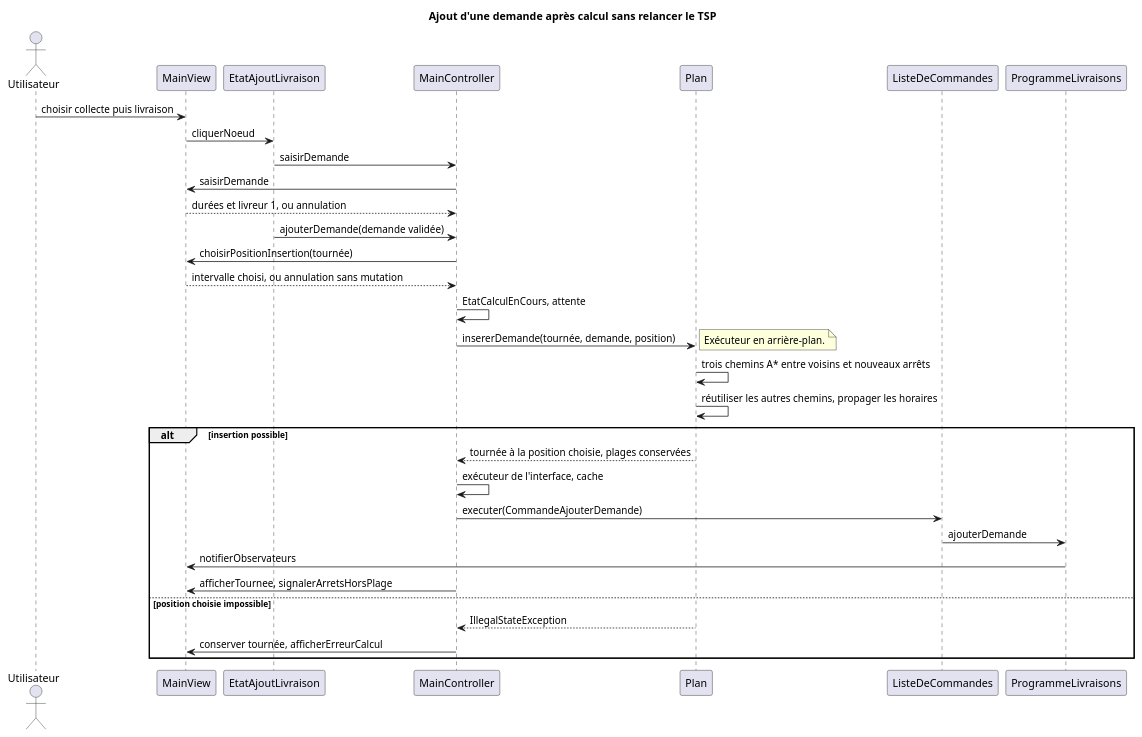
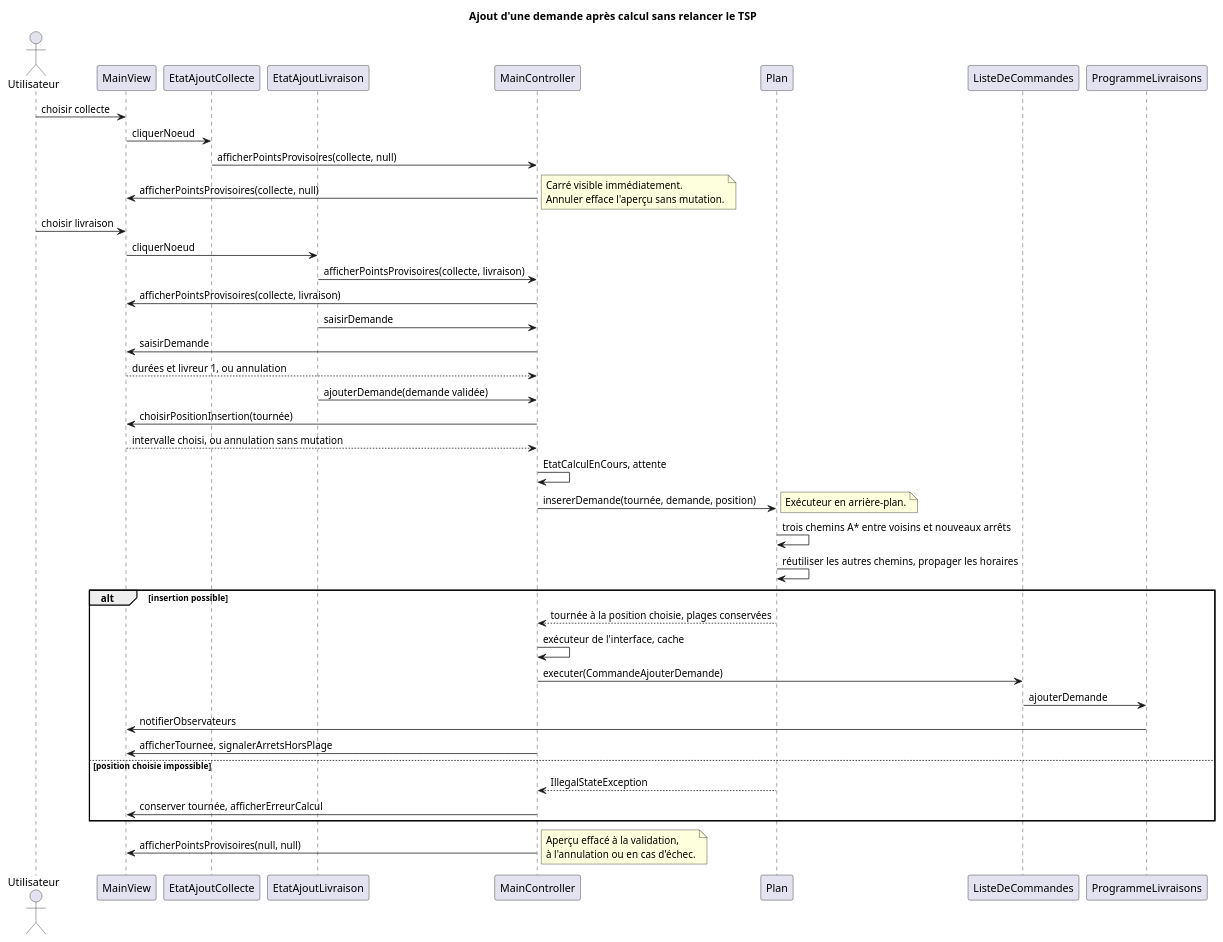
One commit to tristanhp/Optimod-Lyon changed the diagram in docs/diagrams/sequence-ajout-demande.puml. Above: the diagram before and after it, drawn with PlantUML. The commit also changed 11 other files, not shown here.

Commit message:
feat: TIG-68 afficher les points provisoires et annuler la saisie

```diff
--- a/docs/diagrams/sequence-ajout-demande.puml
+++ b/docs/diagrams/sequence-ajout-demande.puml
@@ -1,34 +1,44 @@
 @startuml sequence-ajout-demande
 title Ajout d'une demande après calcul sans relancer le TSP
 actor Utilisateur
 participant MainView
+participant EtatAjoutCollecte
 participant EtatAjoutLivraison
 participant MainController
 participant Plan
 participant ListeDeCommandes
 participant ProgrammeLivraisons
-Utilisateur -> MainView : choisir collecte puis livraison
+Utilisateur -> MainView : choisir collecte
+MainView -> EtatAjoutCollecte : cliquerNoeud
+EtatAjoutCollecte -> MainController : afficherPointsProvisoires(collecte, null)
+MainController -> MainView : afficherPointsProvisoires(collecte, null)
+note right : Carré visible immédiatement.\nAnnuler efface l'aperçu sans mutation.
+Utilisateur -> MainView : choisir livraison
 MainView -> EtatAjoutLivraison : cliquerNoeud
+EtatAjoutLivraison -> MainController : afficherPointsProvisoires(collecte, livraison)
+MainController -> MainView : afficherPointsProvisoires(collecte, livraison)
 EtatAjoutLivraison -> MainController : saisirDemande
 MainController -> MainView : saisirDemande
 MainView --> MainController : durées et livreur 1, ou annulation
 EtatAjoutLivraison -> MainController : ajouterDemande(demande validée)
 MainController -> MainView : choisirPositionInsertion(tournée)
 MainView --> MainController : intervalle choisi, ou annulation sans mutation
 MainController -> MainController : EtatCalculEnCours, attente
 MainController -> Plan : insererDemande(tournée, demande, position)
 note right : Exécuteur en arrière-plan.
 Plan -> Plan : trois chemins A* entre voisins et nouveaux arrêts
 Plan -> Plan : réutiliser les autres chemins, propager les horaires
 alt insertion possible
   Plan --> MainController : tournée à la position choisie, plages conservées
   MainController -> MainController : exécuteur de l'interface, cache
   MainController -> ListeDeCommandes : executer(CommandeAjouterDemande)
   ListeDeCommandes -> ProgrammeLivraisons : ajouterDemande
   ProgrammeLivraisons -> MainView : notifierObservateurs
   MainController -> MainView : afficherTournee, signalerArretsHorsPlage
 else position choisie impossible
   Plan --> MainController : IllegalStateException
   MainController -> MainView : conserver tournée, afficherErreurCalcul
 end
+MainController -> MainView : afficherPointsProvisoires(null, null)
+note right : Aperçu effacé à la validation,\nà l'annulation ou en cas d'échec.
 @enduml
```
